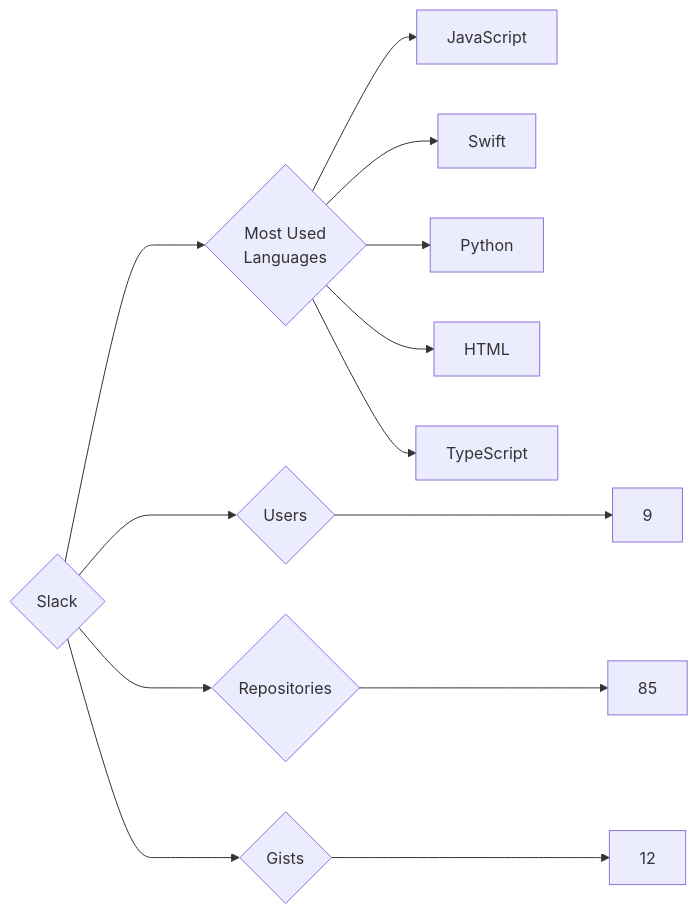
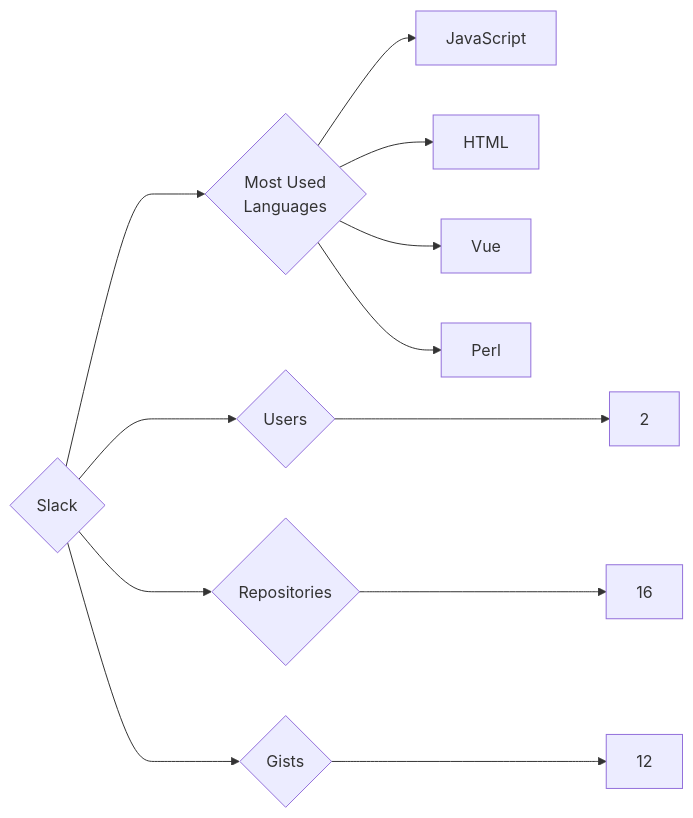
One commit to trickest/insiders changed the diagram in targets/Slack/README.md. Above: the diagram before and after it, drawn with Mermaid. The commit also changed 1248 other files, not shown here.

````diff
--- a/targets/Slack/README.md
+++ b/targets/Slack/README.md
@@ -3,13 +3,12 @@
 ```mermaid
 graph LR
 COMPANY_NAME{Slack}
-COMPANY_NAME ---> U{Users} ---> UN[9]
-COMPANY_NAME ---> R{Repositories} ---> RN[85]
+COMPANY_NAME ---> U{Users} ---> UN[2]
+COMPANY_NAME ---> R{Repositories} ---> RN[16]
 COMPANY_NAME ---> G{Gists} ---> GN[12]
 COMPANY_NAME ---> ML{Most Used<br>Languages}
 ML --> JavaScript[JavaScript]
-ML --> Swift[Swift]
-ML --> Python[Python]
 ML --> HTML[HTML]
-ML --> TypeScript[TypeScript]
+ML --> Vue[Vue]
+ML --> Perl[Perl]
 ```
````
